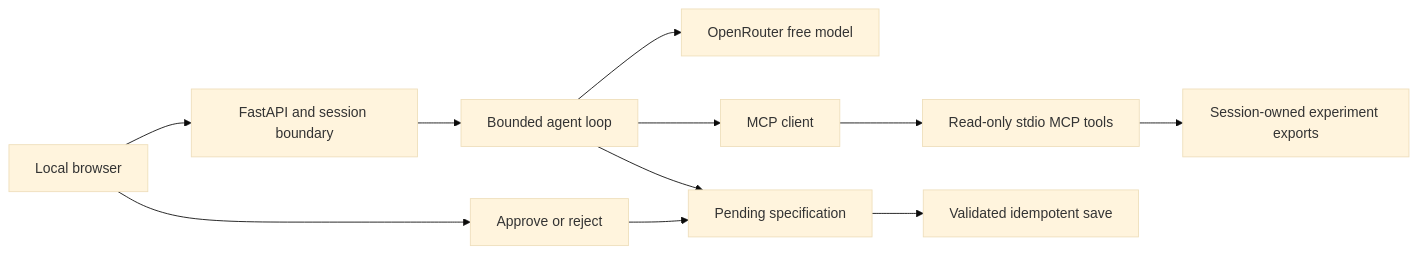
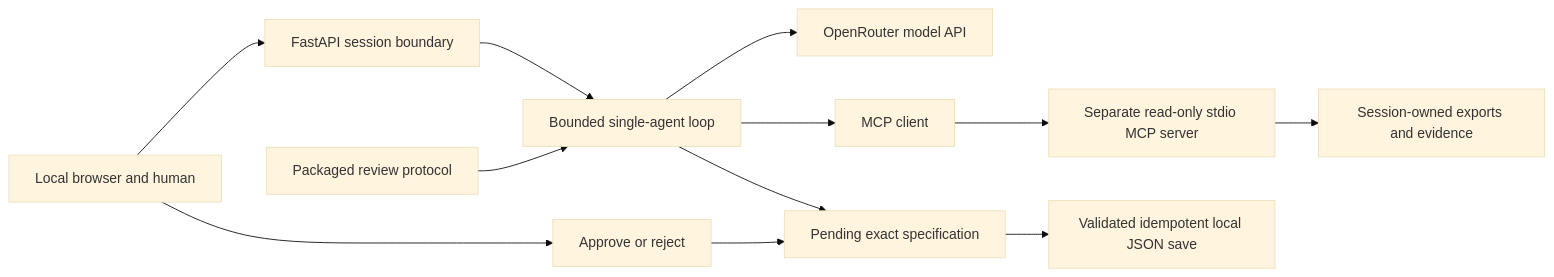
One commit to xZiAd01/modelcheck changed the diagram in README.md. Above: the diagram before and after it, drawn with Mermaid (base theme). The commit also changed other lines of this file and 1 other file, not shown here.

````diff
--- a/README.md
+++ b/README.md
@@ -64,13 +170,14 @@
-```mermaid
+~~~mermaid
 flowchart LR
-  U[Local browser] --> A[FastAPI and session boundary]
-  A --> L[Bounded agent loop]
-  L --> P[OpenRouter free model]
+  U[Local browser and human] --> A[FastAPI session boundary]
+  A --> L[Bounded single-agent loop]
+  K[Packaged review protocol] --> L
+  L --> P[OpenRouter model API]
   L --> C[MCP client]
-  C --> T[Read-only stdio MCP tools]
-  T --> D[Session-owned experiment exports]
-  L --> Q[Pending specification]
+  C --> T[Separate read-only stdio MCP server]
+  T --> D[Session-owned exports and evidence]
+  L --> Q[Pending exact specification]
   U --> H[Approve or reject]
   H --> Q
-  Q --> W[Validated idempotent save]
-```
+  Q --> W[Validated idempotent local JSON save]
+~~~
````
